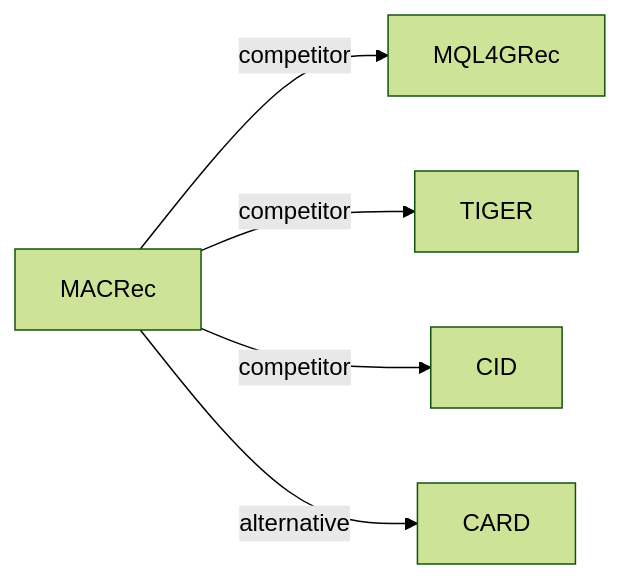
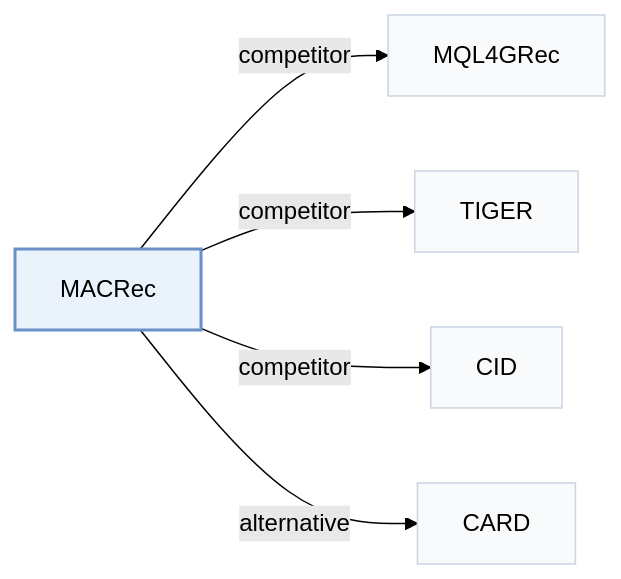
The third of 3 diagrams in pages/papers/macrec.md (Galaxy-ghost/Awesome-SID-Generative-Rec), drawn with Mermaid (forest theme) before and after one commit. The commit also changed other lines of this file and 649 other files, not shown here.

Commit message:
writer-05: also tags and modality index (schema, check, build, visuals); summary field removed; calibration data for 12 papers

````diff
--- a/pages/papers/macrec.md
+++ b/pages/papers/macrec.md
@@ -135,8 +149,12 @@
 ```mermaid
 flowchart LR
     P["MACRec"]
-    P -->|competitor| A["MQL4GRec"]
-    P -->|competitor| B["TIGER"]
-    P -->|competitor| C["CID"]
-    P -->|alternative| D["CARD"]
+    P -->|"competitor"| A["MQL4GRec"]
+    P -->|"competitor"| B["TIGER"]
+    P -->|"competitor"| C["CID"]
+    P -->|"alternative"| D["CARD"]
+    classDef main fill:#eaf2fb,stroke:#6b8fc7,stroke-width:2px
+    classDef peer fill:#f8fafc,stroke:#cbd5e1
+    class P main
+    class A,B,C,D peer
 ```
````
